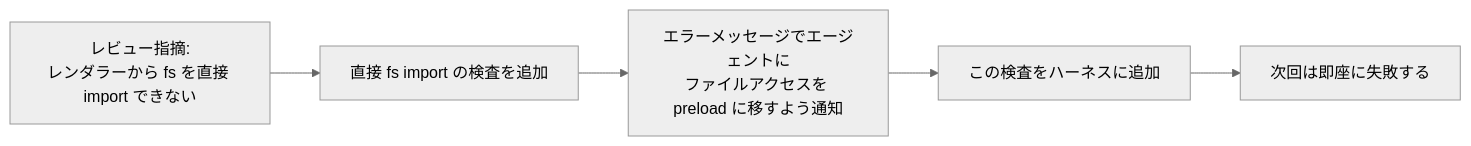
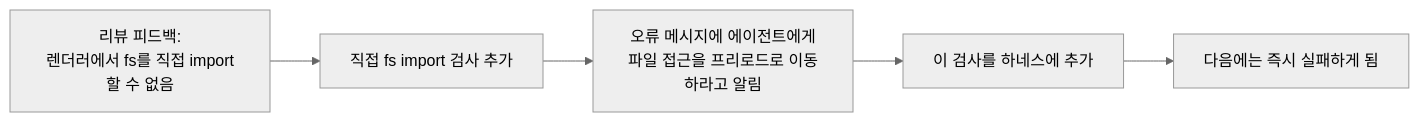
The second of 2 diagrams in docs/ko/lectures/lecture-10-why-end-to-end-testing-changes-results/index.md (mkusaka/learn-harness-engineering), drawn with Mermaid (neutral theme) before and after one commit. The commit also changed other lines of this file and 684 other files, not shown here.

````diff
--- a/docs/ko/lectures/lecture-10-why-end-to-end-testing-changes-results/index.md
+++ b/docs/ko/lectures/lecture-10-why-end-to-end-testing-changes-results/index.md
@@ -52,7 +52,7 @@
 ```mermaid
 flowchart LR
-    Review["レビュー指摘:<br/>レンダラーから fs を直接 import できない"] --> Rule["直接 fs import の検査を追加"]
-    Rule --> Message["エラーメッセージでエージェントに<br/>ファイルアクセスを preload に移すよう通知"]
-    Message --> Harness["この検査をハーネスに追加"]
-    Harness --> Stronger["次回は即座に失敗する"]
+    Review["리뷰 피드백:<br/>렌더러에서 fs를 직접 import할 수 없음"] --> Rule["직접 fs import 검사 추가"]
+    Rule --> Message["오류 메시지에 에이전트에게<br/>파일 접근을 프리로드로 이동하라고 알림"]
+    Message --> Harness["이 검사를 하네스에 추가"]
+    Harness --> Stronger["다음에는 즉시 실패하게 됨"]
 ```
````
